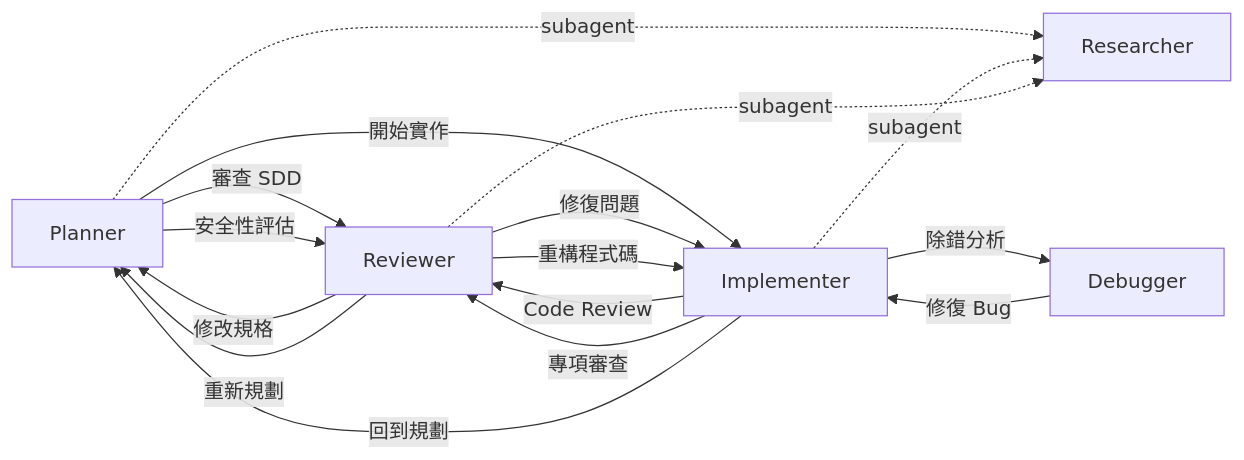
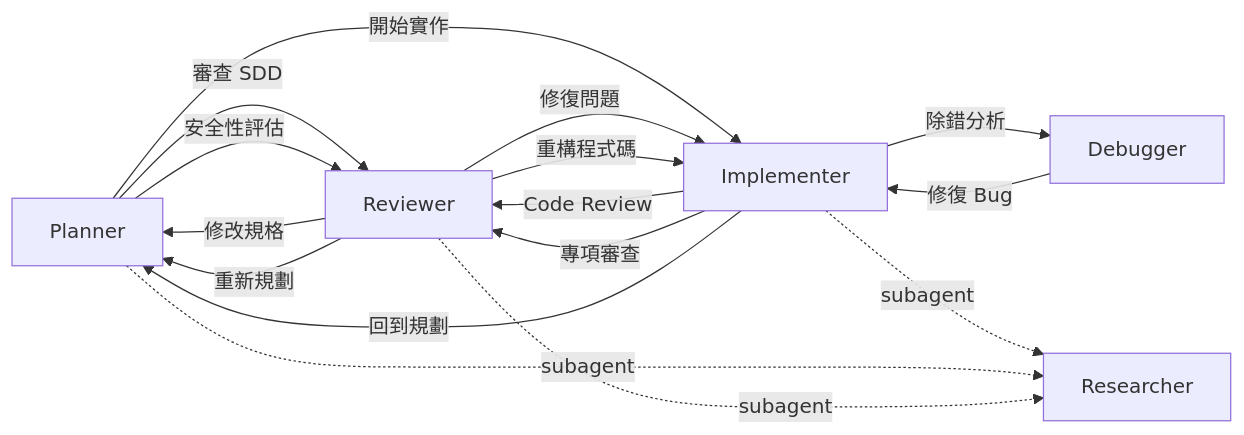
Before and after one commit to zexion7873/copilot-setting: the second of 2 diagrams in README.zh-TW.md, drawn with Mermaid. The commit also changed 1 other file, not shown here.

Commit message:
docs(readme): group subagent lines at bottom of mermaid diagram

````diff
--- a/README.zh-TW.md
+++ b/README.zh-TW.md
@@ -129,21 +129,22 @@
 ```mermaid
 flowchart LR
     Planner -->|"審查 SDD"| Reviewer
     Planner -->|"開始實作"| Implementer
     Planner -->|"安全性評估"| Reviewer
-    Planner -.->|"subagent"| Researcher
 
-    Implementer -.->|"subagent"| Researcher
     Implementer -->|"Code Review"| Reviewer
     Implementer -->|"專項審查"| Reviewer
     Implementer -->|"除錯分析"| Debugger
     Implementer -->|"回到規劃"| Planner
 
-    Reviewer -.->|"subagent"| Researcher
     Reviewer -->|"修復問題"| Implementer
     Reviewer -->|"重構程式碼"| Implementer
     Reviewer -->|"修改規格"| Planner
     Reviewer -->|"重新規劃"| Planner
 
     Debugger -->|"修復 Bug"| Implementer
+
+    Implementer -.->|"subagent"| Researcher
+    Planner -.->|"subagent"| Researcher
+    Reviewer -.->|"subagent"| Researcher
 ```
````
